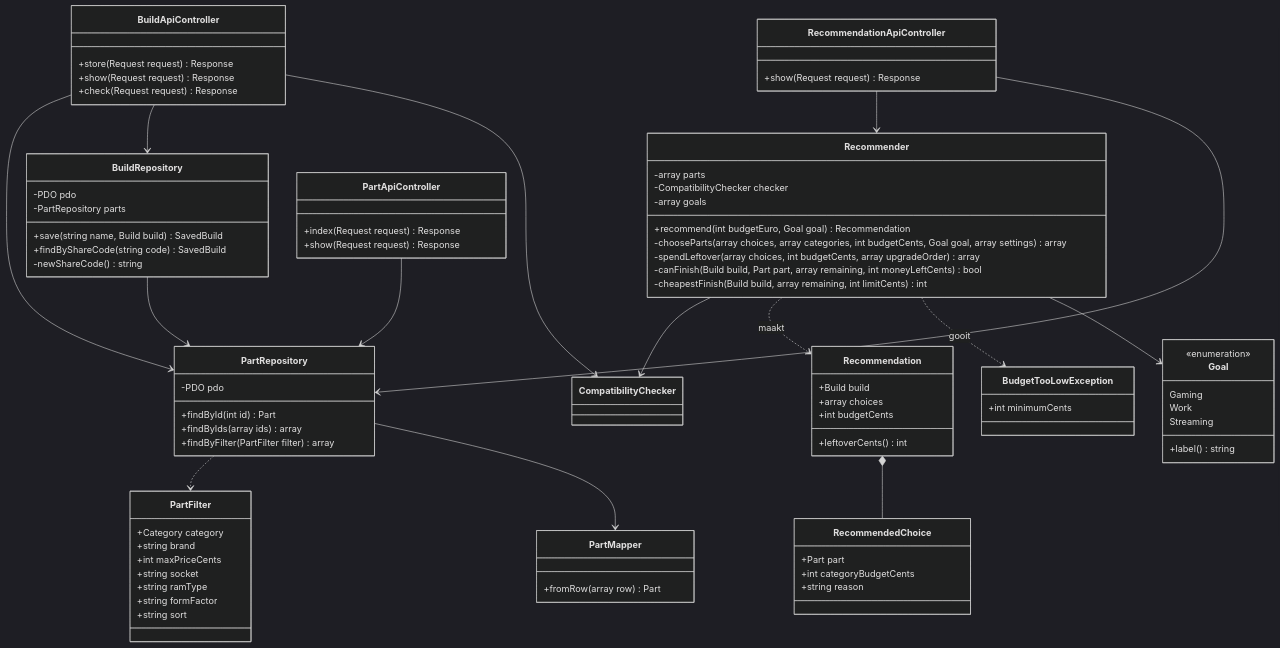
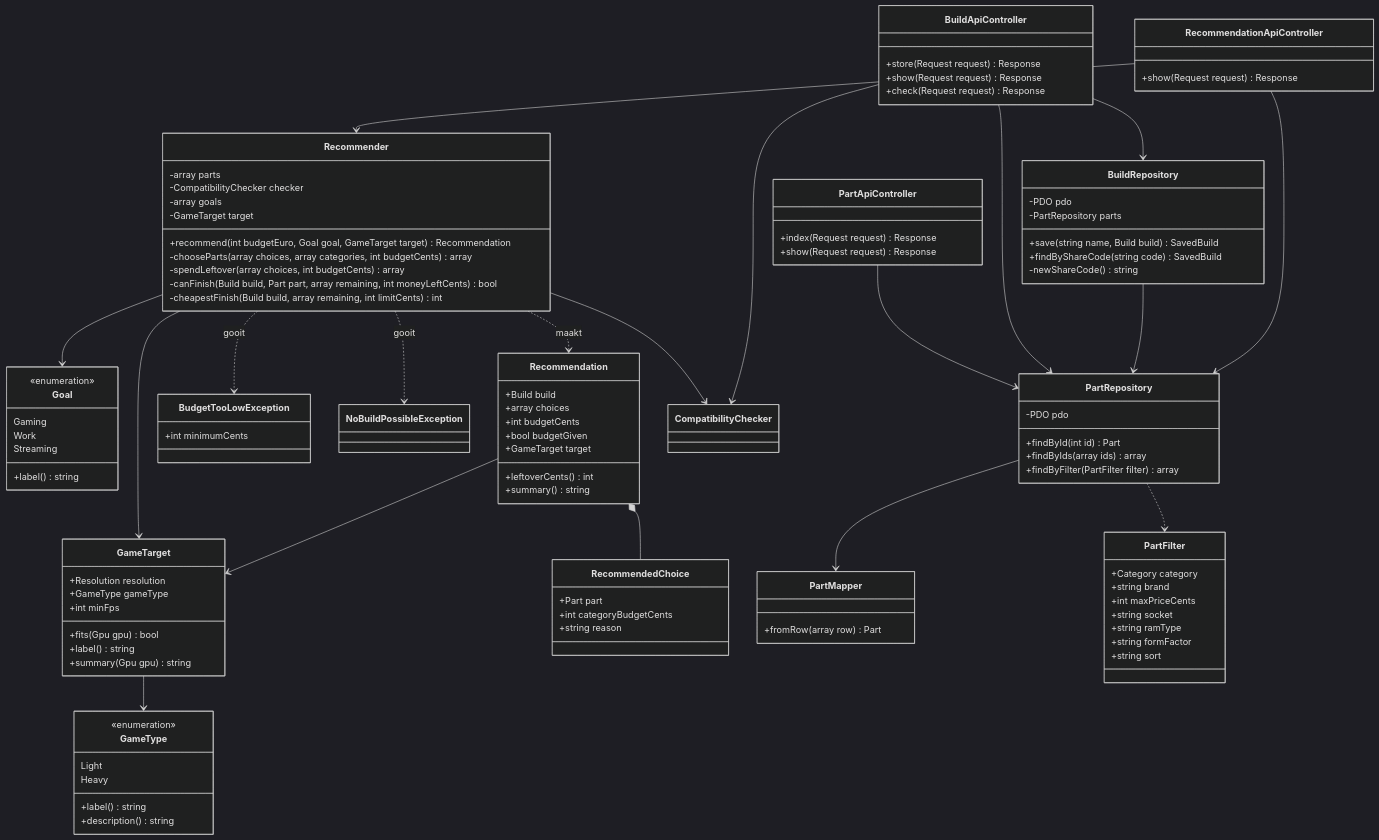
One commit to Niels023/pc-bouwplanner changed the sixth of 9 diagrams in docs/ontwerp.md. Above: the diagram before and after it, drawn with Mermaid (dark theme). The commit also changed other lines of this file and 5 other files, not shown here.

```diff
--- a/docs/ontwerp.md
+++ b/docs/ontwerp.md
@@ -419,9 +439,10 @@
         -array parts
         -CompatibilityChecker checker
         -array goals
-        +recommend(int budgetEuro, Goal goal) Recommendation
-        -chooseParts(array choices, array categories, int budgetCents, Goal goal, array settings) array
-        -spendLeftover(array choices, int budgetCents, array upgradeOrder) array
+        -GameTarget target
+        +recommend(int budgetEuro, Goal goal, GameTarget target) Recommendation
+        -chooseParts(array choices, array categories, int budgetCents) array
+        -spendLeftover(array choices, int budgetCents) array
         -canFinish(Build build, Part part, array remaining, int moneyLeftCents) bool
         -cheapestFinish(Build build, array remaining, int limitCents) int
     }
@@ -429,7 +450,25 @@
         +Build build
         +array choices
         +int budgetCents
+        +bool budgetGiven
+        +GameTarget target
         +leftoverCents() int
+        +summary() string
+    }
+    class GameTarget {
+        +Resolution resolution
+        +GameType gameType
+        +int minFps
+        +fits(Gpu gpu) bool
+        +label() string
+        +summary(Gpu gpu) string
+    }
+    class GameType {
+        <<enumeration>>
+        Light
+        Heavy
+        +label() string
+        +description() string
     }
     class RecommendedChoice {
         +Part part
@@ -439,6 +478,7 @@
     class BudgetTooLowException {
         +int minimumCents
     }
+    class NoBuildPossibleException
     class PartRepository {
         -PDO pdo
         +findById(int id) Part
@@ -480,8 +520,12 @@
     Recommender --> CompatibilityChecker
     Recommender ..> Recommendation : maakt
     Recommender ..> BudgetTooLowException : gooit
+    Recommender ..> NoBuildPossibleException : gooit
     Recommender --> Goal
+    Recommender --> GameTarget
+    GameTarget --> GameType
     Recommendation *-- RecommendedChoice
+    Recommendation --> GameTarget
     PartRepository ..> PartFilter
     PartRepository --> PartMapper
     PartApiController --> PartRepository
```
